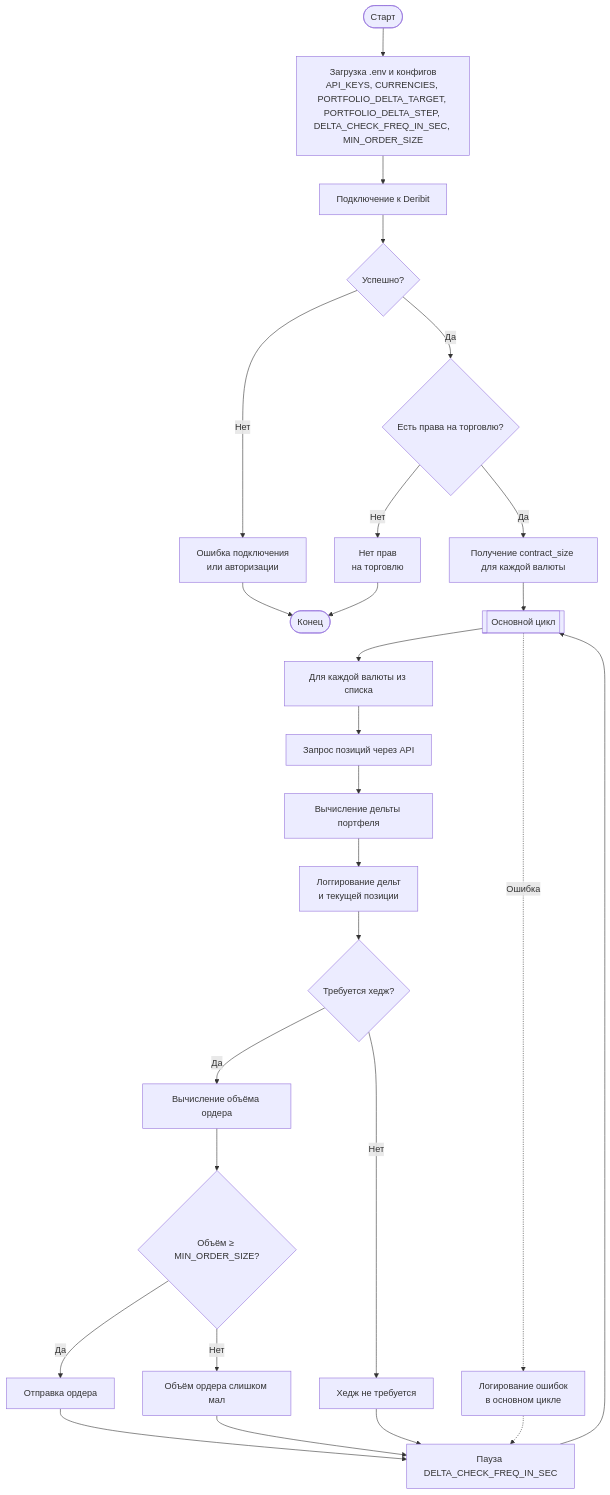
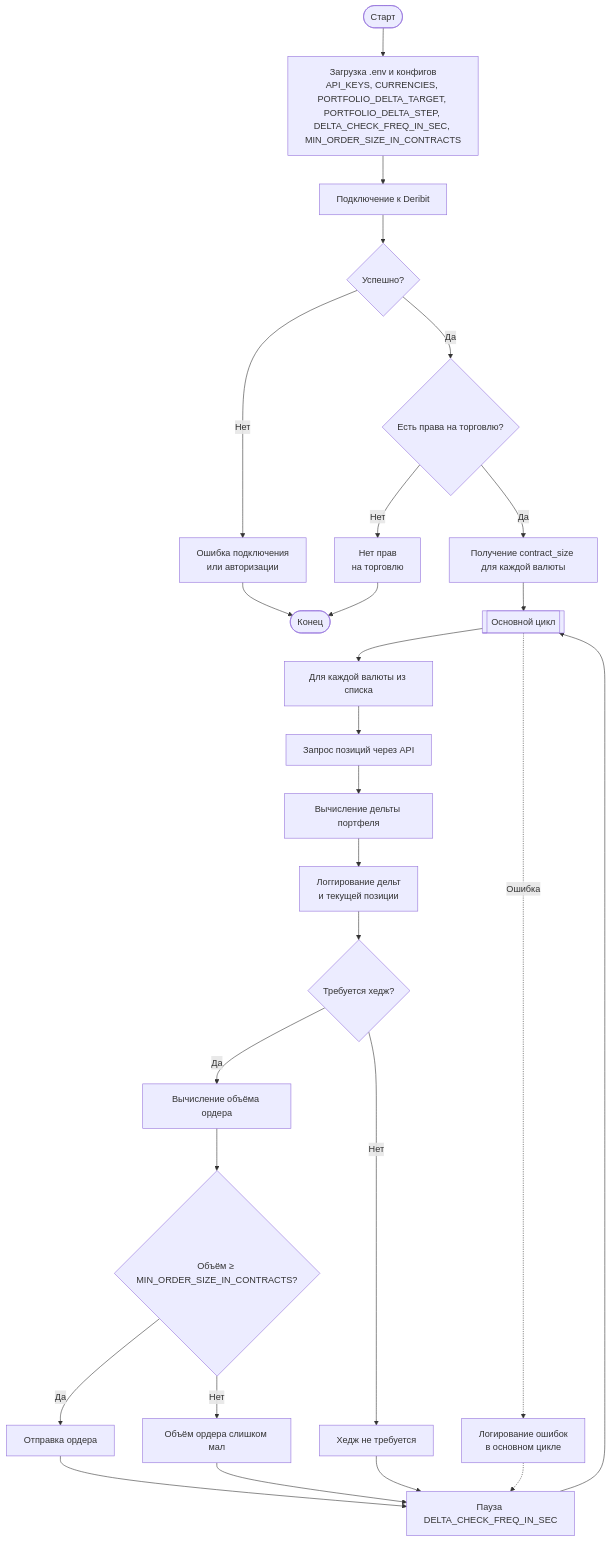
Before and after one commit to clubsonA/DDH: the diagram in diagram.md, drawn with Mermaid. The commit also changed 3 other files, not shown here.

````diff
--- a/diagram.md
+++ b/diagram.md
@@ -1,49 +1,49 @@
 ```mermaid
 flowchart TD
     Start([Старт])
-    LoadEnv[Загрузка .env и конфигов<br>API_KEYS, CURRENCIES, PORTFOLIO_DELTA_TARGET, PORTFOLIO_DELTA_STEP, DELTA_CHECK_FREQ_IN_SEC, MIN_ORDER_SIZE ]
+    LoadEnv[Загрузка .env и конфигов<br>API_KEYS, CURRENCIES, PORTFOLIO_DELTA_TARGET, PORTFOLIO_DELTA_STEP, DELTA_CHECK_FREQ_IN_SEC, MIN_ORDER_SIZE_IN_CONTRACTS ]
     Connect[Подключение к Deribit]
     CheckConnect{Успешно?}
     ErrorConnect[Ошибка подключения<br>или авторизации]
     CheckPerms{Есть права на торговлю?}
     ErrorPerms[Нет прав<br>на торговлю]
     InitContracts[Получение contract_size для каждой валюты]
     MainLoop[[Основной цикл]]
     ForCurrency[Для каждой валюты из списка]
     GetPos[Запрос позиций через API]
     ParsePos[Вычисление дельты портфеля]
     LogPos[Логгирование дельт<br>и текущей позиции]
     CheckHedge{Требуется хедж?}
     CalcOrder[Вычисление объёма ордера]
-    MinOrder{Объём ≥ MIN_ORDER_SIZE?}
+    MinOrder{Объём ≥ MIN_ORDER_SIZE_IN_CONTRACTS?}
     PlaceOrder[Отправка ордера]
     WarnSmallOrder[Объём ордера слишком мал]
     NoHedge[Хедж не требуется]
     HandleError[Логирование ошибок<br>в основном цикле]
     Sleep[Пауза DELTA_CHECK_FREQ_IN_SEC]
     End([Конец])
 
     Start --> LoadEnv
     LoadEnv --> Connect
     Connect --> CheckConnect
     CheckConnect -- Нет --> ErrorConnect --> End
     CheckConnect -- Да --> CheckPerms
     CheckPerms -- Нет --> ErrorPerms --> End
     CheckPerms -- Да --> InitContracts
     InitContracts --> MainLoop
 
     MainLoop --> ForCurrency
     ForCurrency --> GetPos
     GetPos --> ParsePos
     ParsePos --> LogPos
     LogPos --> CheckHedge
     CheckHedge -- Да --> CalcOrder
     CalcOrder --> MinOrder
     MinOrder -- Да --> PlaceOrder --> Sleep
     MinOrder -- Нет --> WarnSmallOrder --> Sleep
     CheckHedge -- Нет --> NoHedge --> Sleep
     Sleep --> MainLoop
 
     MainLoop -. Ошибка .-> HandleError -.-> Sleep
 
 ```
````
